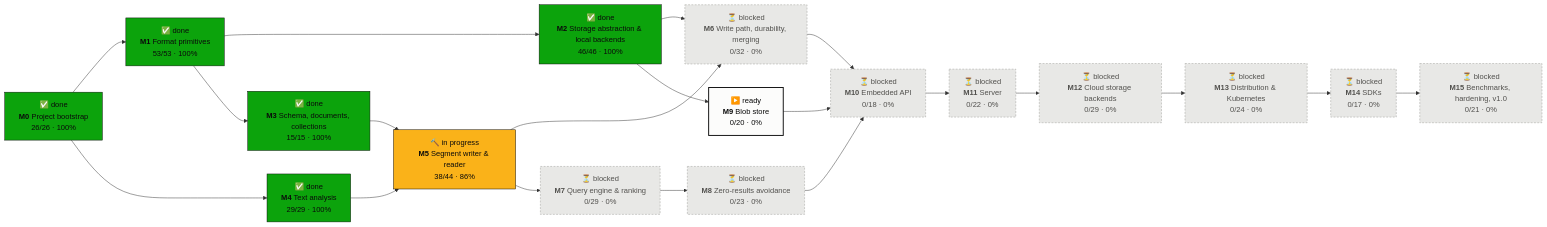
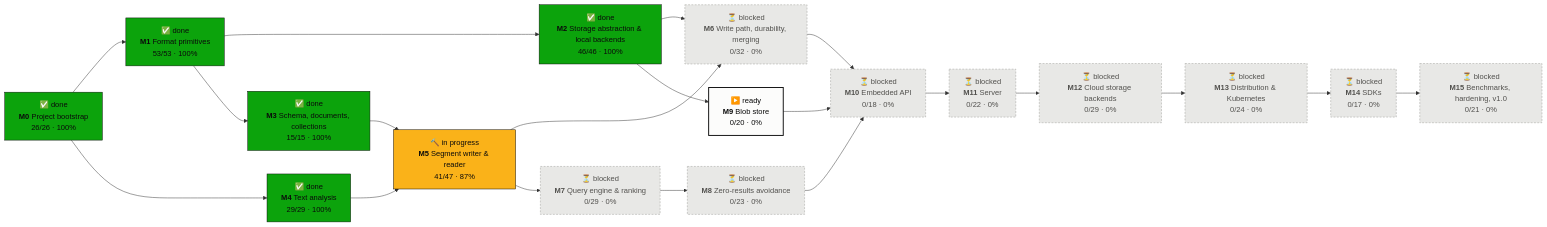
One commit to tomiok/persiaDB changed the first of 2 diagrams in PROGRESS.md. Above: the diagram before and after it, drawn with Mermaid. The commit also changed other lines of this file and 19 other files, not shown here.

First line of the commit message:
Segment reader: block cache, lazy columns, positions per document (ROADMAP 5.3.11–5.3.13) (#31)

````diff
--- a/PROGRESS.md
+++ b/PROGRESS.md
@@ -16,42 +16,42 @@
 ```mermaid
 flowchart LR
   M0["✅ done<br/><b>M0</b> Project bootstrap<br/>26/26 · 100%"]:::done
   M1["✅ done<br/><b>M1</b> Format primitives<br/>53/53 · 100%"]:::done
   M2["✅ done<br/><b>M2</b> Storage abstraction & local backends<br/>46/46 · 100%"]:::done
   M3["✅ done<br/><b>M3</b> Schema, documents, collections<br/>15/15 · 100%"]:::done
   M4["✅ done<br/><b>M4</b> Text analysis<br/>29/29 · 100%"]:::done
-  M5["🔨 in progress<br/><b>M5</b> Segment writer & reader<br/>38/44 · 86%"]:::doing
+  M5["🔨 in progress<br/><b>M5</b> Segment writer & reader<br/>41/47 · 87%"]:::doing
   M6["⏳ blocked<br/><b>M6</b> Write path, durability, merging<br/>0/32 · 0%"]:::blocked
   M7["⏳ blocked<br/><b>M7</b> Query engine & ranking<br/>0/29 · 0%"]:::blocked
   M8["⏳ blocked<br/><b>M8</b> Zero-results avoidance<br/>0/23 · 0%"]:::blocked
   M9["▶️ ready<br/><b>M9</b> Blob store<br/>0/20 · 0%"]:::ready
   M10["⏳ blocked<br/><b>M10</b> Embedded API<br/>0/18 · 0%"]:::blocked
   M11["⏳ blocked<br/><b>M11</b> Server<br/>0/22 · 0%"]:::blocked
   M12["⏳ blocked<br/><b>M12</b> Cloud storage backends<br/>0/29 · 0%"]:::blocked
   M13["⏳ blocked<br/><b>M13</b> Distribution & Kubernetes<br/>0/24 · 0%"]:::blocked
   M14["⏳ blocked<br/><b>M14</b> SDKs<br/>0/17 · 0%"]:::blocked
   M15["⏳ blocked<br/><b>M15</b> Benchmarks, hardening, v1.0<br/>0/21 · 0%"]:::blocked
   M0 --> M1
   M1 --> M2
   M1 --> M3
   M0 --> M4
   M3 --> M5
   M4 --> M5
   M2 --> M6
   M5 --> M6
   M5 --> M7
   M7 --> M8
   M2 --> M9
   M6 --> M10
   M8 --> M10
   M9 --> M10
   M10 --> M11
   M11 --> M12
   M12 --> M13
   M13 --> M14
   M14 --> M15
   classDef done fill:#0ca30c,stroke:#0b0b0b,color:#0b0b0b
   classDef doing fill:#fab219,stroke:#0b0b0b,color:#0b0b0b
   classDef ready fill:#fcfcfb,stroke:#0b0b0b,stroke-width:2px,color:#0b0b0b
   classDef blocked fill:#e8e8e6,stroke:#9a9a96,stroke-dasharray:4 3,color:#52514e
 ```
````
